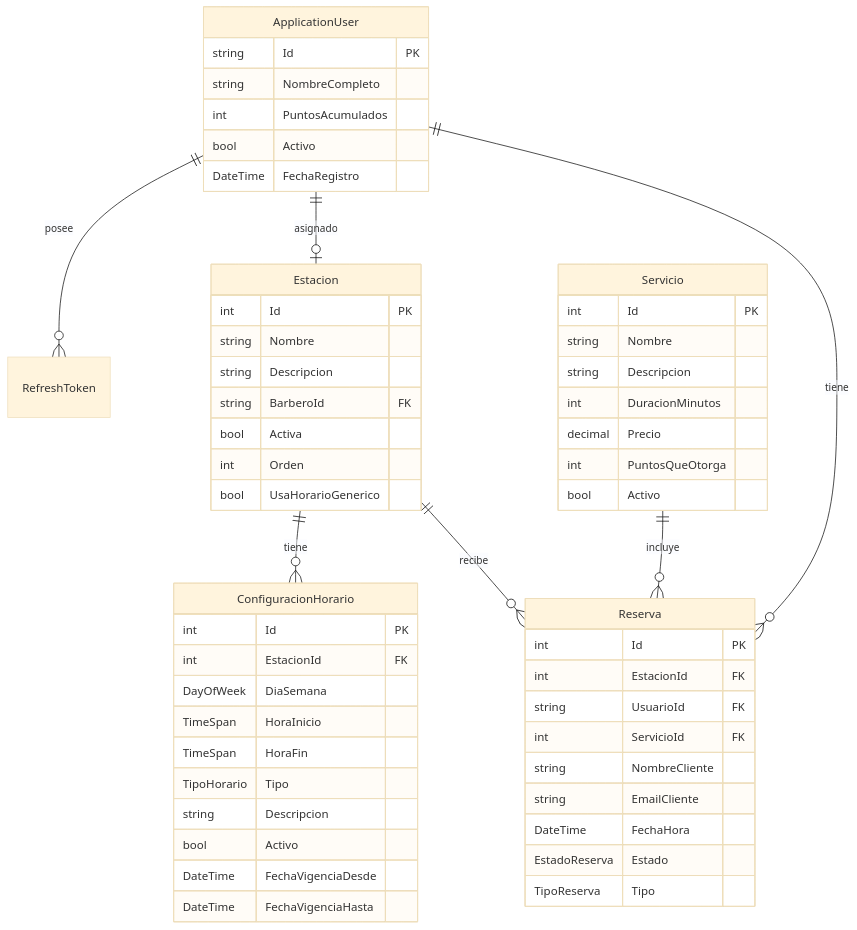
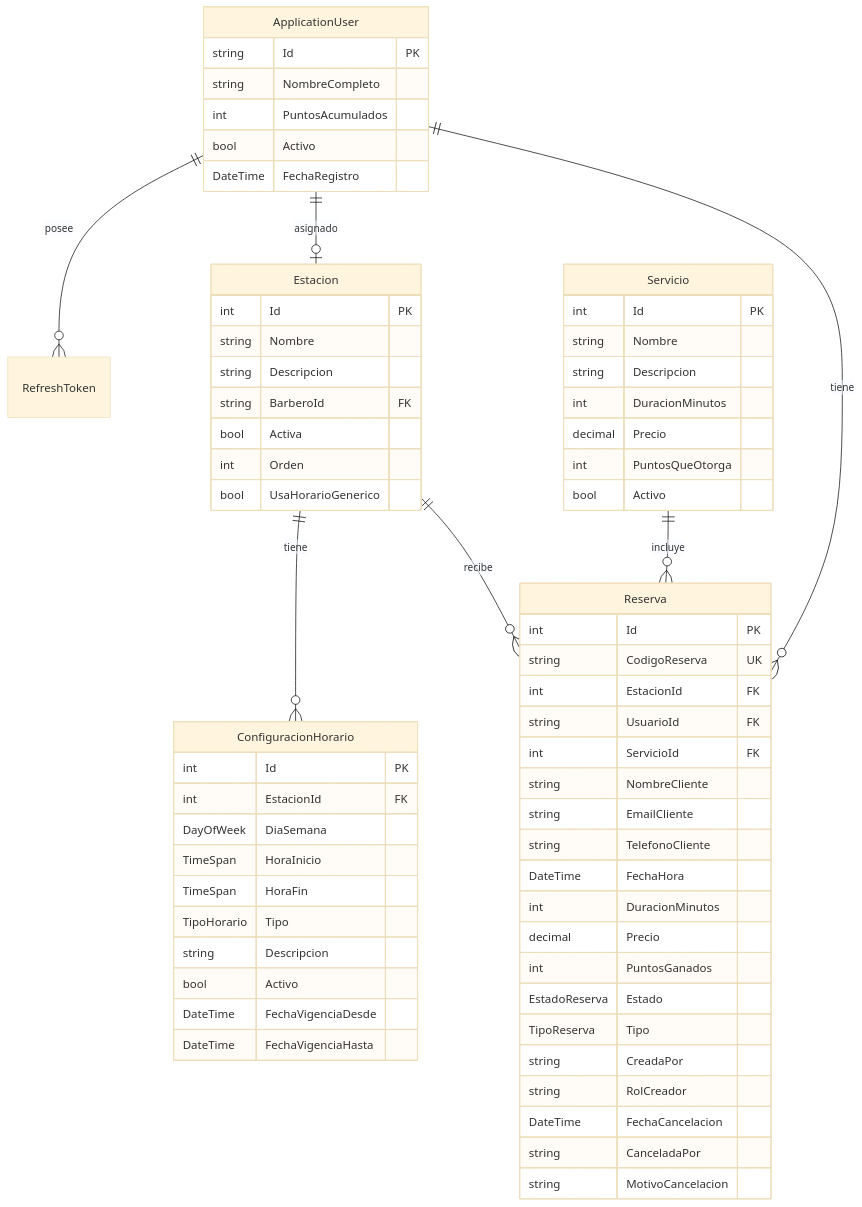
The diagram in README.md (JohanCalaT/salon-appointment-system), drawn with Mermaid (base theme) before and after one commit. The commit also changed other lines of this file and 54 other files, not shown here.

````diff
--- a/README.md
+++ b/README.md
@@ -145,62 +145,72 @@
 ```mermaid
 erDiagram
     ApplicationUser ||--o{ Reserva : tiene
     ApplicationUser ||--o| Estacion : asignado
     ApplicationUser ||--o{ RefreshToken : posee
     Estacion ||--o{ Reserva : recibe
     Estacion ||--o{ ConfiguracionHorario : tiene
     Servicio ||--o{ Reserva : incluye
 
     ApplicationUser {
         string Id PK
         string NombreCompleto
         int PuntosAcumulados
         bool Activo
         DateTime FechaRegistro
     }
 
     Estacion {
         int Id PK
         string Nombre
         string Descripcion
         string BarberoId FK
         bool Activa
         int Orden
         bool UsaHorarioGenerico
     }
 
     Servicio {
         int Id PK
         string Nombre
         string Descripcion
         int DuracionMinutos
         decimal Precio
         int PuntosQueOtorga
         bool Activo
     }
 
     Reserva {
         int Id PK
+        string CodigoReserva UK
         int EstacionId FK
         string UsuarioId FK
         int ServicioId FK
         string NombreCliente
         string EmailCliente
+        string TelefonoCliente
         DateTime FechaHora
+        int DuracionMinutos
+        decimal Precio
+        int PuntosGanados
         EstadoReserva Estado
         TipoReserva Tipo
+        string CreadaPor
+        string RolCreador
+        DateTime FechaCancelacion
+        string CanceladaPor
+        string MotivoCancelacion
     }
 
     ConfiguracionHorario {
         int Id PK
         int EstacionId FK
         DayOfWeek DiaSemana
         TimeSpan HoraInicio
         TimeSpan HoraFin
         TipoHorario Tipo
         string Descripcion
         bool Activo
         DateTime FechaVigenciaDesde
         DateTime FechaVigenciaHasta
     }
 ```
````
